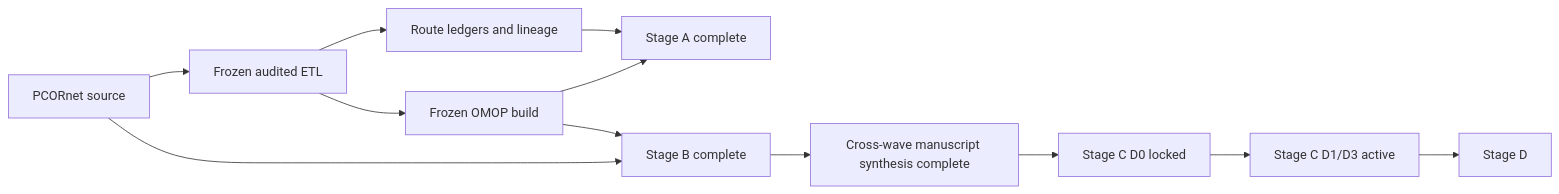
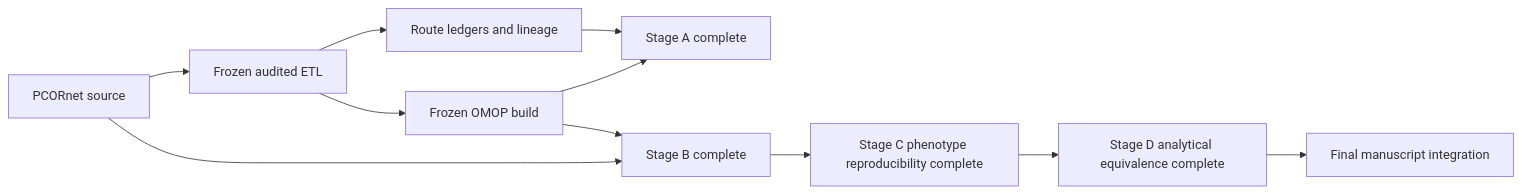
The first of 2 diagrams in docs/current_status_and_publication_plan.md (vafaei-ar/pcornet-omop-validation), drawn with Mermaid before and after one commit. The commit also changed other lines of this file, not shown here.

Commit message:
Update publication status through Stage D

````diff
--- a/docs/current_status_and_publication_plan.md
+++ b/docs/current_status_and_publication_plan.md
@@ -17,14 +17,13 @@
 ```mermaid
 flowchart LR
     A[PCORnet source] --> B[Frozen audited ETL]
     B --> C[Frozen OMOP build]
     B --> D[Route ledgers and lineage]
     C --> E[Stage A complete]
     D --> E
     A --> F[Stage B complete]
     C --> F
-    F --> G[Cross-wave manuscript synthesis complete]
-    G --> H[Stage C D0 locked]
-    H --> I[Stage C D1/D3 active]
-    I --> J[Stage D]
+    F --> G[Stage C phenotype reproducibility complete]
+    G --> H[Stage D analytical equivalence complete]
+    H --> I[Final manuscript integration]
 ```
````
